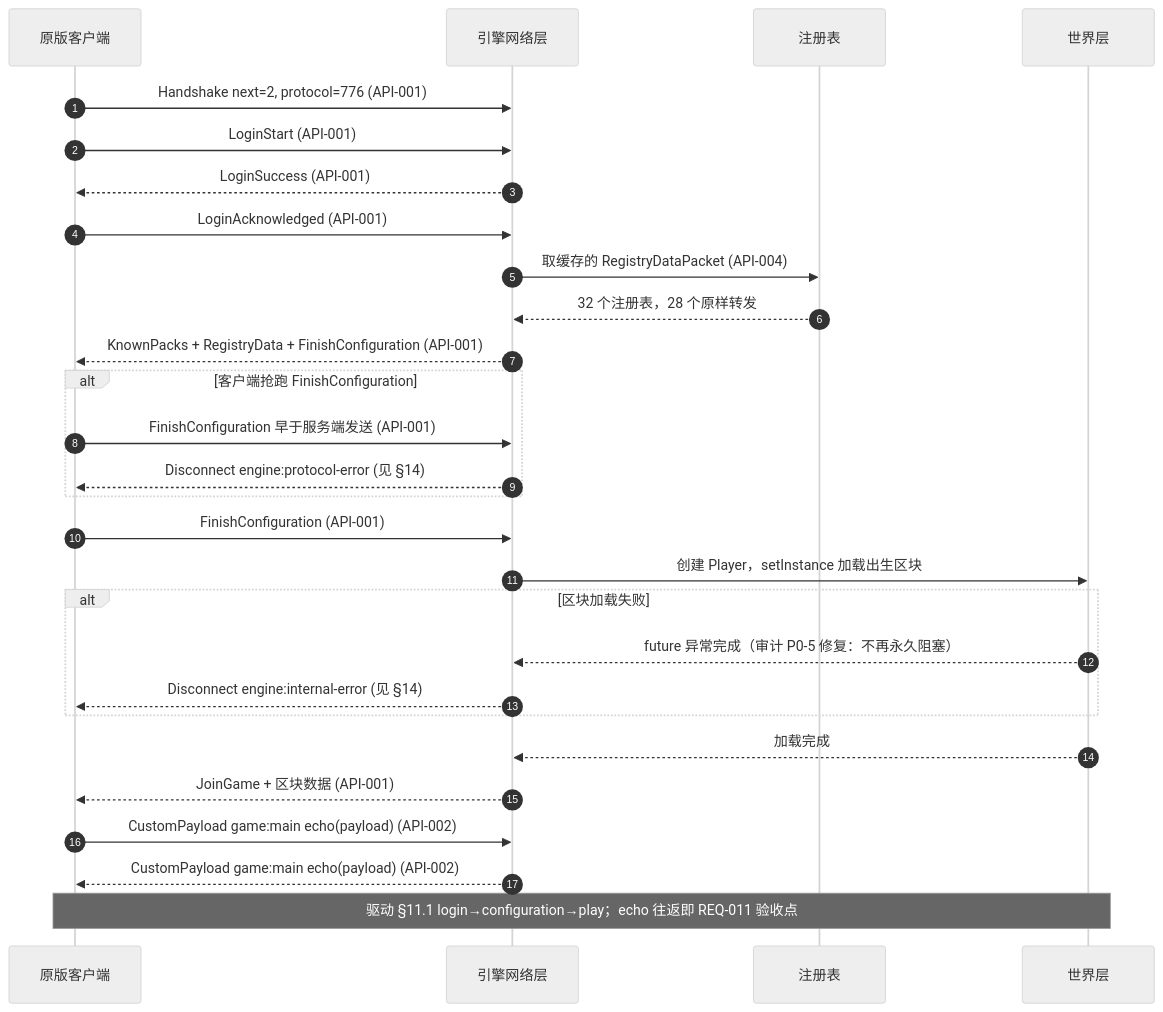
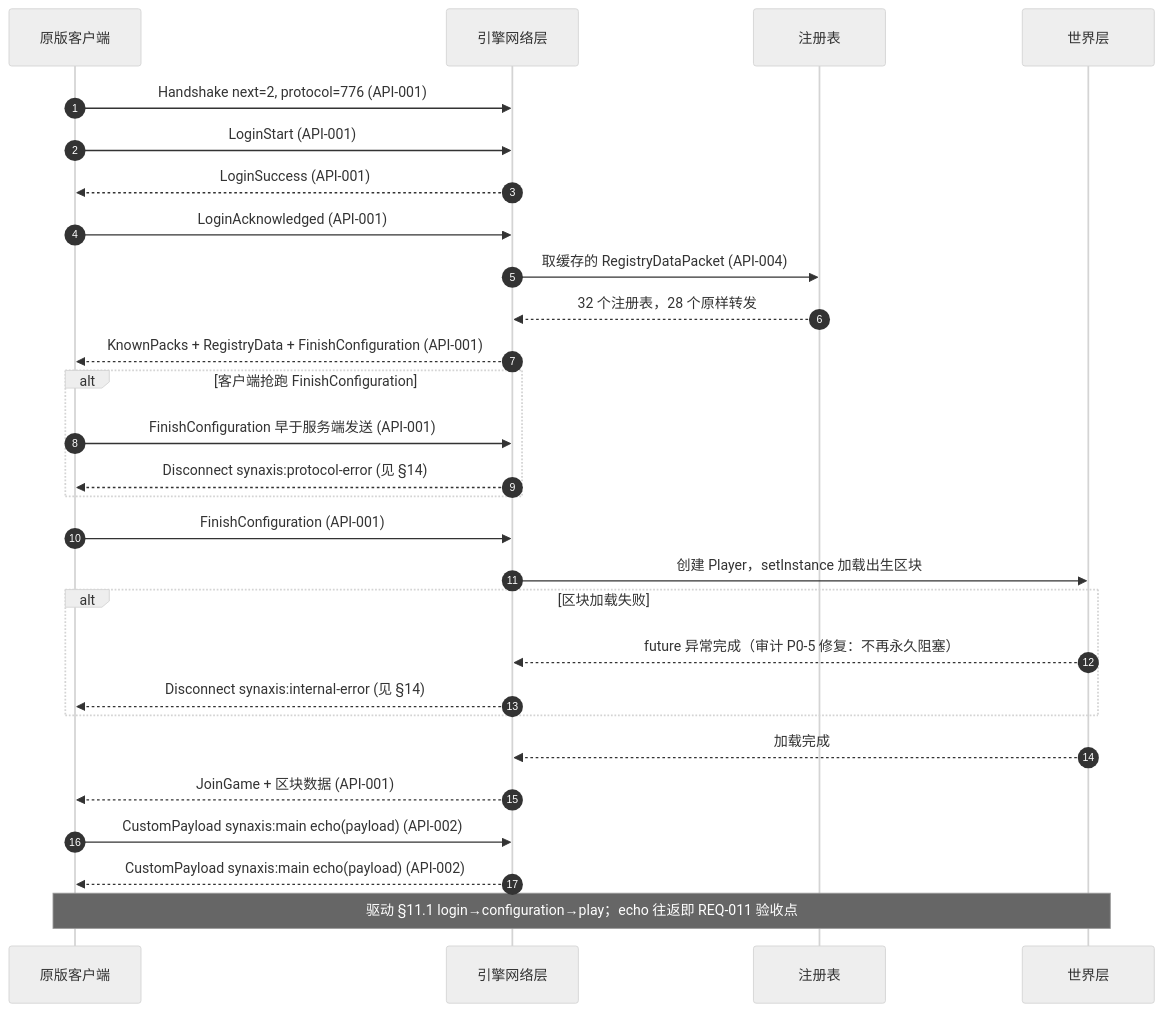
The fifth of 5 diagrams in docs/DESIGN.md (Bearisbug/synaxis), drawn with Mermaid (neutral theme) before and after one commit. The commit also changed other lines of this file and 2984 other files, not shown here.

First line of the commit message:
refactor: rename project game-engine -> synaxis

````diff
--- a/docs/DESIGN.md
+++ b/docs/DESIGN.md
@@ -318,30 +319,30 @@
 ```mermaid
 sequenceDiagram
   autonumber
   participant C as 原版客户端
   participant N as 引擎网络层
   participant R as 注册表
   participant W as 世界层
   C->>N: Handshake next=2, protocol=776 (API-001)
   C->>N: LoginStart (API-001)
   N-->>C: LoginSuccess (API-001)
   C->>N: LoginAcknowledged (API-001)
   N->>R: 取缓存的 RegistryDataPacket (API-004)
   R-->>N: 32 个注册表，28 个原样转发
   N-->>C: KnownPacks + RegistryData + FinishConfiguration (API-001)
   alt 客户端抢跑 FinishConfiguration
     C->>N: FinishConfiguration 早于服务端发送 (API-001)
-    N-->>C: Disconnect engine:protocol-error (见 §14)
+    N-->>C: Disconnect synaxis:protocol-error (见 §14)
   end
   C->>N: FinishConfiguration (API-001)
   N->>W: 创建 Player，setInstance 加载出生区块
   alt 区块加载失败
     W-->>N: future 异常完成（审计 P0-5 修复：不再永久阻塞）
-    N-->>C: Disconnect engine:internal-error (见 §14)
+    N-->>C: Disconnect synaxis:internal-error (见 §14)
   end
   W-->>N: 加载完成
   N-->>C: JoinGame + 区块数据 (API-001)
-  C->>N: CustomPayload game:main echo(payload) (API-002)
-  N-->>C: CustomPayload game:main echo(payload) (API-002)
+  C->>N: CustomPayload synaxis:main echo(payload) (API-002)
+  N-->>C: CustomPayload synaxis:main echo(payload) (API-002)
   Note over C,W: 驱动 §11.1 login→configuration→play；echo 往返即 REQ-011 验收点
 ```
````
